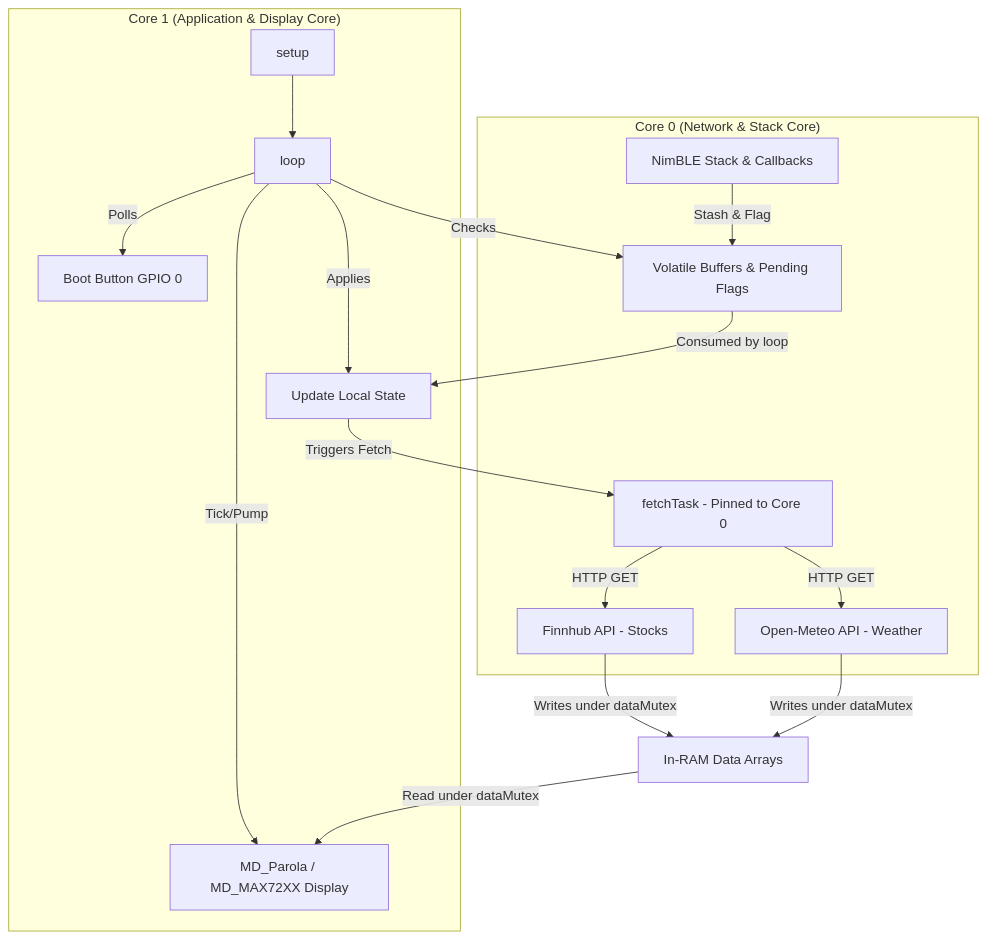
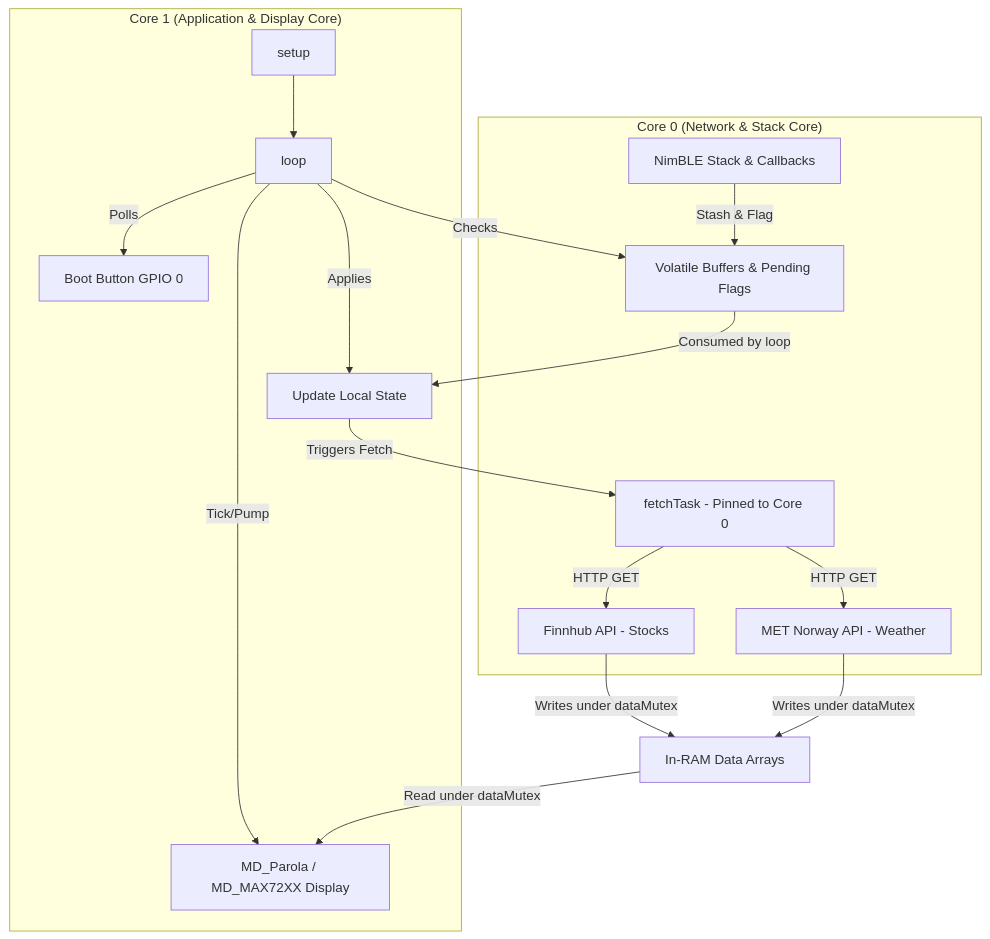
Before and after one commit to ssayala/led-ticker: the first of 2 diagrams in firmware/FIRMWARE_GUIDE.md, drawn with Mermaid. The commit also changed other lines of this file and 4 other files, not shown here.

First line of the commit message:
weather: fetch current conditions from MET Norway

````diff
--- a/firmware/FIRMWARE_GUIDE.md
+++ b/firmware/FIRMWARE_GUIDE.md
@@ -13,22 +13,22 @@
 ```mermaid
 graph TD
     subgraph Core0 ["Core 0 (Network & Stack Core)"]
         A[fetchTask - Pinned to Core 0] -->|HTTP GET| B1[Finnhub API - Stocks]
-        A -->|HTTP GET| B2[Open-Meteo API - Weather]
+        A -->|HTTP GET| B2[MET Norway API - Weather]
         NimBLE[NimBLE Stack & Callbacks] -->|Stash & Flag| Pend[Volatile Buffers & Pending Flags]
     end
 
     subgraph Core1 ["Core 1 (Application & Display Core)"]
         Setup[setup] --> Loop[loop]
         Loop -->|Polls| Button[Boot Button GPIO 0]
         Loop -->|Checks| Pend
         Loop -->|Applies| State[Update Local State]
         Loop -->|Tick/Pump| Disp[MD_Parola / MD_MAX72XX Display]
     end
 
     Pend -->|Consumed by loop| State
     B1 -->|Writes under dataMutex| RAM[In-RAM Data Arrays]
     B2 -->|Writes under dataMutex| RAM
     RAM -->|Read under dataMutex| Disp
     State -->|Triggers Fetch| A
 ```
````
